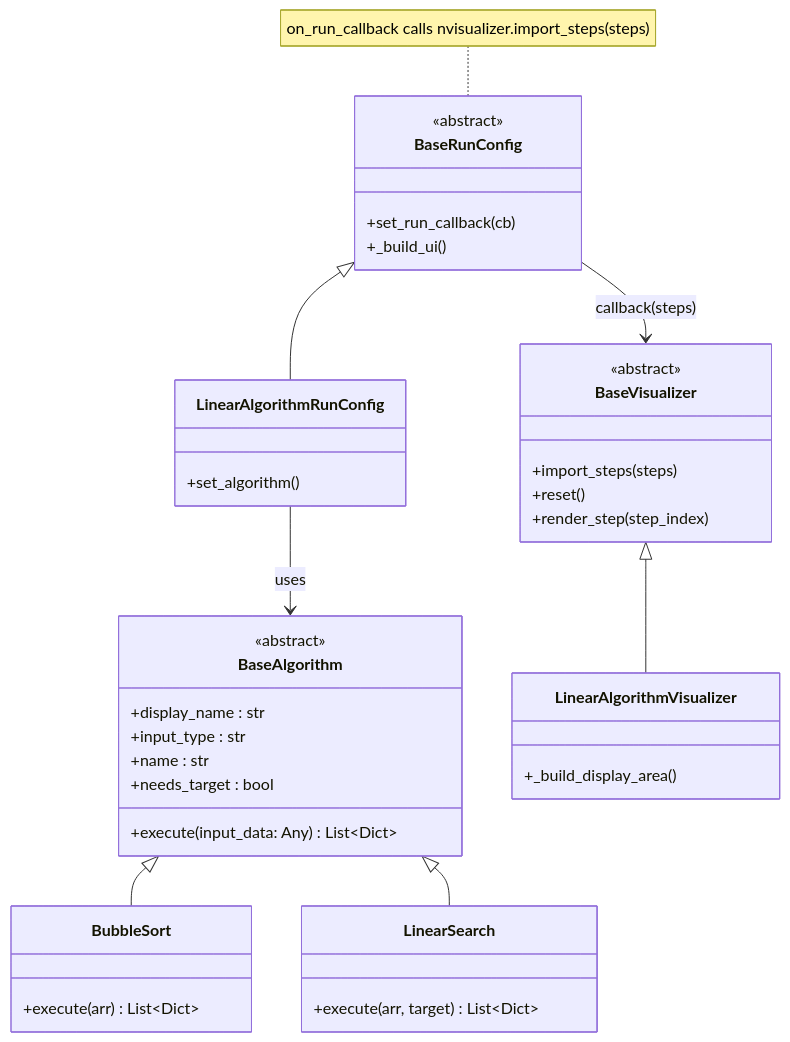
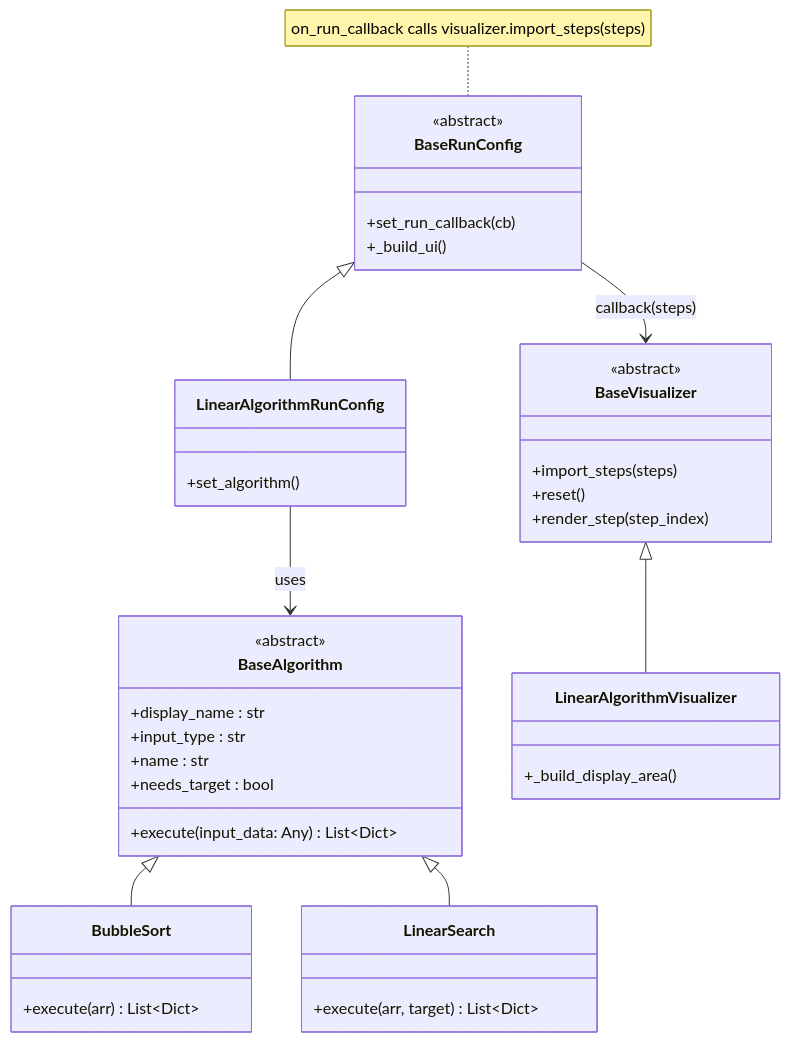
One commit to Group-8-DSA-Visualizer/DSA-Visualizer-Wiki changed the fourth of 4 diagrams in docs/architecture.md. Above: the diagram before and after it, drawn with Mermaid.

````diff
--- a/docs/architecture.md
+++ b/docs/architecture.md
@@ -77,47 +77,47 @@
 ```mermaid
 classDiagram
     direction TB
 
     class BaseAlgorithm {
         <<abstract>>
         +display_name : str
         +input_type : str
         +name : str
         +needs_target : bool
         +execute(input_data: Any) List~Dict~
     }
     class BubbleSort {
         +execute(arr) List~Dict~
     }
     class LinearSearch {
         +execute(arr, target) List~Dict~
     }
     BaseAlgorithm <|-- BubbleSort
     BaseAlgorithm <|-- LinearSearch
 
     class BaseRunConfig {
         <<abstract>>
         +set_run_callback(cb)
         +_build_ui()
     }
     class LinearAlgorithmRunConfig {
         +set_algorithm()
     }
     BaseRunConfig <|-- LinearAlgorithmRunConfig
 
     class BaseVisualizer {
         <<abstract>>
         +import_steps(steps)
         +reset()
         +render_step(step_index)
     }
     class LinearAlgorithmVisualizer {
         +_build_display_area()
     }
     BaseVisualizer <|-- LinearAlgorithmVisualizer
 
     BaseRunConfig --> BaseVisualizer : callback(steps)
-    note for BaseRunConfig "on_run_callback calls nvisualizer.import_steps(steps)"
+    note for BaseRunConfig "on_run_callback calls visualizer.import_steps(steps)"
 
     LinearAlgorithmRunConfig --> BaseAlgorithm : uses
 ```
````
